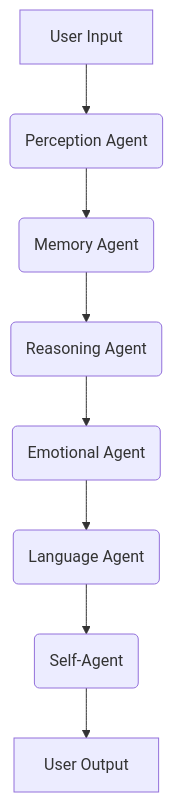
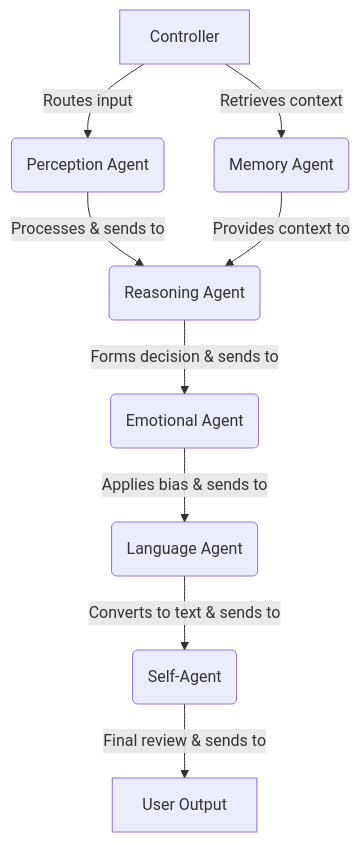
The diagram in README.md (Elevator-Robot/blip), drawn with Mermaid before and after one commit. The commit also changed 1 other file, not shown here.

Commit message:
Feat/say-something (#42)
* refactor: Update AWS SDK imports and config loading for Bedrock runtime

* fix: Resolve Blob import and body handling in Bedrock runtime client

* fix: Correct body parsing by using `body` instead of undefined `body_contents`

* Brain tells jokes

* upping readme

````diff
--- a/README.md
+++ b/README.md
@@ -49,10 +17,13 @@
   ```mermaid
-  graph TD
-    A[User Input] --> B(Perception Agent)
-    B --> C(Memory Agent)
-    C --> D(Reasoning Agent)
-    D --> E(Emotional Agent)
-    E --> F(Language Agent)
-    F --> G(Self-Agent)
-    G --> H[User Output]
+graph TD
+    A[Controller] -->|Routes input| B(Perception Agent)
+    A -->|Retrieves context| C(Memory Agent)
+    
+    B -->|Processes & sends to| D(Reasoning Agent)
+    C -->|Provides context to| D
+    
+    D -->|Forms decision & sends to| E(Emotional Agent)
+    E -->|Applies bias & sends to| F(Language Agent)
+    F -->|Converts to text & sends to| G(Self-Agent)
+    G -->|Final review & sends to| H[User Output]
   ```
````
